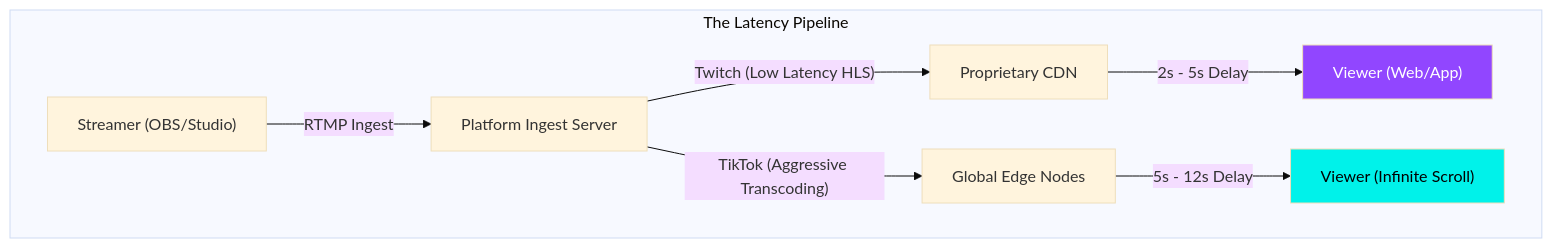
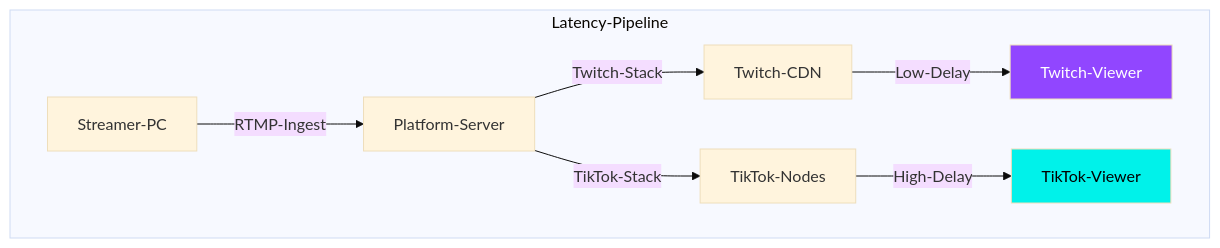
The diagram in data/blog/tiktok-live-vs-twitch-latency-comparison-2026.mdx (littl3-boat/ttwise), drawn with Mermaid (base theme) before and after one commit. The commit also changed 6 other files, not shown here.

Commit message:
fix: resolve Mermaid syntax errors in recent blog posts

````diff
--- a/data/blog/tiktok-live-vs-twitch-latency-comparison-2026.mdx
+++ b/data/blog/tiktok-live-vs-twitch-latency-comparison-2026.mdx
@@ -24,15 +24,15 @@
 ```mermaid
-graph TD
-    subgraph "The Latency Pipeline"
-        A["Streamer (OBS/Studio)"] -- "RTMP Ingest" --> B["Platform Ingest Server"]
+flowchart TD
+    subgraph Latency-Pipeline
+        A[Streamer-PC] -- RTMP-Ingest --> B[Platform-Server]
         
-        B -- "Twitch (Low Latency HLS)" --> C1["Proprietary CDN"]
-        C1 -- "2s - 5s Delay" --> D1["Viewer (Web/App)"]
+        B -- Twitch-Stack --> C1[Twitch-CDN]
+        C1 -- Low-Delay --> D1[Twitch-Viewer]
         
-        B -- "TikTok (Aggressive Transcoding)" --> C2["Global Edge Nodes"]
-        C2 -- "5s - 12s Delay" --> D2["Viewer (Infinite Scroll)"]
+        B -- TikTok-Stack --> C2[TikTok-Nodes]
+        C2 -- High-Delay --> D2[TikTok-Viewer]
     end
     
     style D1 fill:#9146FF,color:#fff
     style D2 fill:#00f2ea,color:#000
 ```
````
